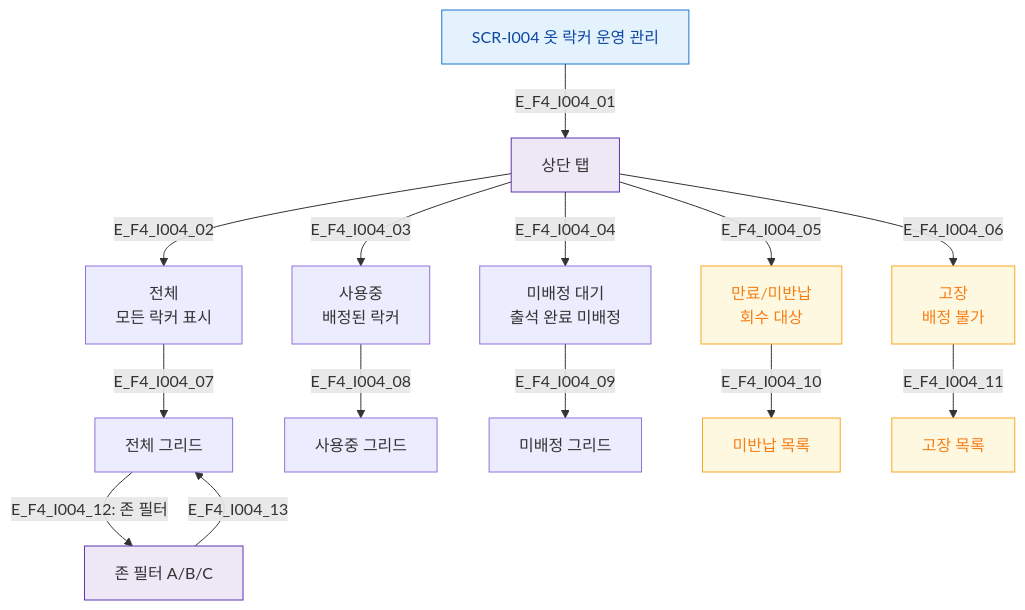
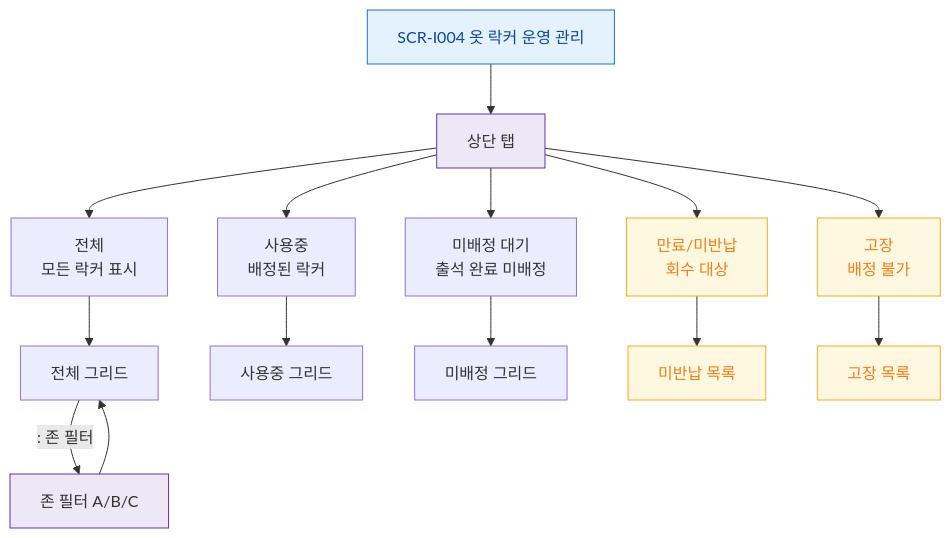
One commit to dev-spogym/admin-pando changed the diagram in docs/다이어그램/D11_통합운영/SCR-I004_옷락커운영관리/F4_필터검색.md. Above: the diagram before and after it, drawn with Mermaid. The commit also changed other lines of this file and 1660 other files, not shown here.

First line of the commit message:
다이어그램: 기획자/클라이언트 납품본으로 정리

````diff
--- a/docs/다이어그램/D11_통합운영/SCR-I004_옷락커운영관리/F4_필터검색.md
+++ b/docs/다이어그램/D11_통합운영/SCR-I004_옷락커운영관리/F4_필터검색.md
@@ -16,26 +14,26 @@
 ```mermaid
 flowchart TD
-    SCR_I004[SCR-I004 옷 락커 운영 관리] -->|E_F4_I004_01| TABS[상단 탭]
+    SCR_I004[SCR-I004 옷 락커 운영 관리] --> TABS[상단 탭]
 
-    TABS -->|E_F4_I004_02| TAB_ALL[전체\n모든 락커 표시]
-    TABS -->|E_F4_I004_03| TAB_USED[사용중\n배정된 락커]
-    TABS -->|E_F4_I004_04| TAB_WAIT[미배정 대기\n출석 완료 미배정]
-    TABS -->|E_F4_I004_05| TAB_OVERDUE[만료/미반납\n회수 대상]
-    TABS -->|E_F4_I004_06| TAB_BROKEN[고장\n배정 불가]
+    TABS --> TAB_ALL[전체\n모든 락커 표시]
+    TABS --> TAB_USED[사용중\n배정된 락커]
+    TABS --> TAB_WAIT[미배정 대기\n출석 완료 미배정]
+    TABS --> TAB_OVERDUE[만료/미반납\n회수 대상]
+    TABS --> TAB_BROKEN[고장\n배정 불가]
 
-    TAB_ALL -->|E_F4_I004_07| GRID_ALL[전체 그리드]
-    TAB_USED -->|E_F4_I004_08| GRID_USED[사용중 그리드]
-    TAB_WAIT -->|E_F4_I004_09| GRID_WAIT[미배정 그리드]
-    TAB_OVERDUE -->|E_F4_I004_10| GRID_OVERDUE[미반납 목록]
-    TAB_BROKEN -->|E_F4_I004_11| GRID_BROKEN[고장 목록]
+    TAB_ALL --> GRID_ALL[전체 그리드]
+    TAB_USED --> GRID_USED[사용중 그리드]
+    TAB_WAIT --> GRID_WAIT[미배정 그리드]
+    TAB_OVERDUE --> GRID_OVERDUE[미반납 목록]
+    TAB_BROKEN --> GRID_BROKEN[고장 목록]
 
-    GRID_ALL -->|"E_F4_I004_12: 존 필터"| ZONE_FILTER[존 필터 A/B/C]
-    ZONE_FILTER -->|E_F4_I004_13| GRID_ALL
+    GRID_ALL -->|": 존 필터"|ZONE_FILTER[존 필터 A/B/C]
+    ZONE_FILTER --> GRID_ALL
 
-    classDef screen       fill:#E3F2FD,stroke:#1976D2,color:#0D47A1
-    classDef system       fill:#EDE7F6,stroke:#5E35B2
-    classDef warning      fill:#FFF8E1,stroke:#F9A825,color:#F57F17
+    classDef screen fill:#E3F2FD,stroke:#1976D2,color:#0D47A1
+    classDef system fill:#EDE7F6,stroke:#5E35B2
+    classDef warning fill:#FFF8E1,stroke:#F9A825,color:#F57F17
     class SCR_I004 screen
     class TABS,ZONE_FILTER system
     class TAB_OVERDUE,GRID_OVERDUE,TAB_BROKEN,GRID_BROKEN warning
 ```
````
